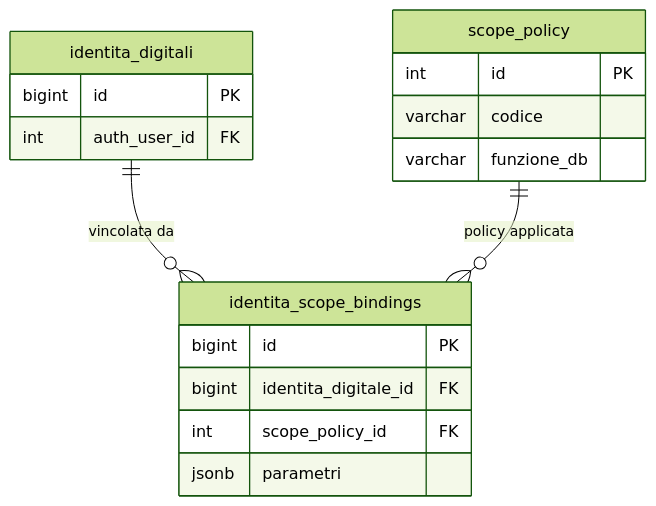
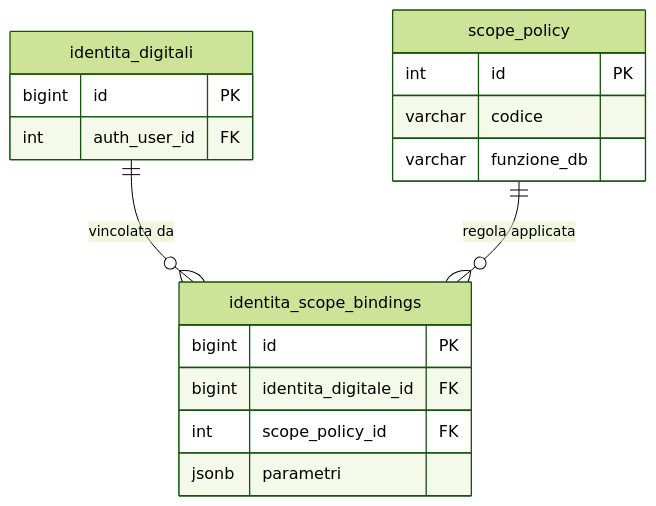
Before and after one commit to Tito-it/ZeroErp: the third of 3 diagrams in docs/it/guide/architettura-multi-face-auth.md, drawn with Mermaid (forest theme). The commit also changed other lines of this file and 83 other files, not shown here.

````diff
--- a/docs/it/guide/architettura-multi-face-auth.md
+++ b/docs/it/guide/architettura-multi-face-auth.md
@@ -816,23 +556,21 @@
 ```mermaid
 erDiagram
     scope_policy {
         int id PK
         varchar codice
         varchar funzione_db
     }
-
     identita_scope_bindings {
         bigint id PK
         bigint identita_digitale_id FK
         int scope_policy_id FK
         jsonb parametri
     }
-
     identita_digitali {
         bigint id PK
         int auth_user_id FK
     }
 
     identita_digitali ||--o{ identita_scope_bindings : "vincolata da"
-    scope_policy ||--o{ identita_scope_bindings : "policy applicata"
+    scope_policy ||--o{ identita_scope_bindings : "regola applicata"
 ```
````
